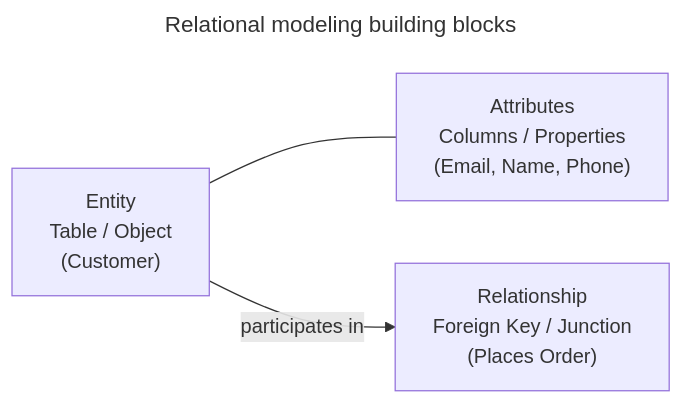
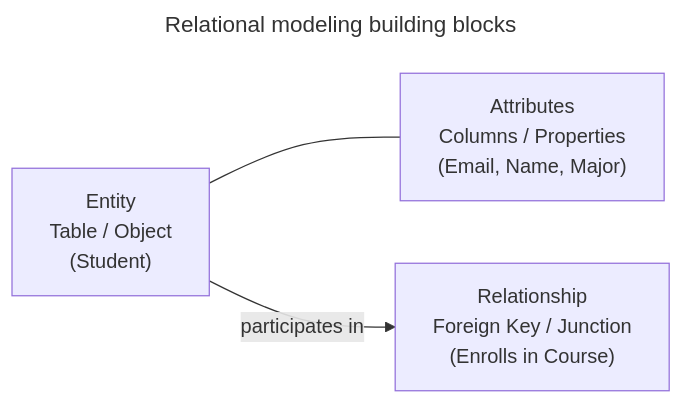
The first of 10 diagrams in content/modeling/entities-attributes-and-relationships.md (VineethChivukula/dedocs), drawn with Mermaid before and after one commit. The commit also changed other lines of this file and 26 other files, not shown here.

````diff
--- a/content/modeling/entities-attributes-and-relationships.md
+++ b/content/modeling/entities-attributes-and-relationships.md
@@ -21,12 +21,12 @@
 ```mermaid
 ---
 title: Relational modeling building blocks
 ---
 flowchart LR
-    Entity["Entity<br/>Table / Object<br/>(Customer)"]
-    Attribute["Attributes<br/>Columns / Properties<br/>(Email, Name, Phone)"]
-    Relationship["Relationship<br/>Foreign Key / Junction<br/>(Places Order)"]
+    Entity["Entity<br/>Table / Object<br/>(Student)"]
+    Attribute["Attributes<br/>Columns / Properties<br/>(Email, Name, Major)"]
+    Relationship["Relationship<br/>Foreign Key / Junction<br/>(Enrolls in Course)"]
 
     Entity --- Attribute
     Entity -->|participates in| Relationship
 ```
````
